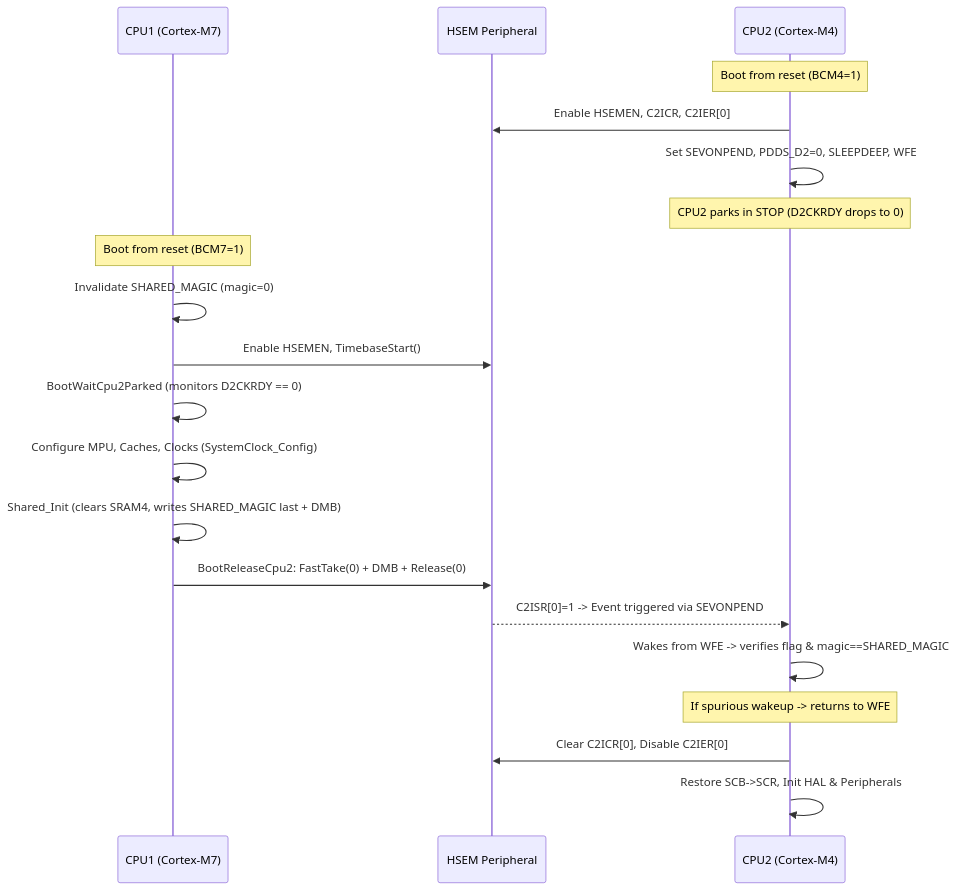
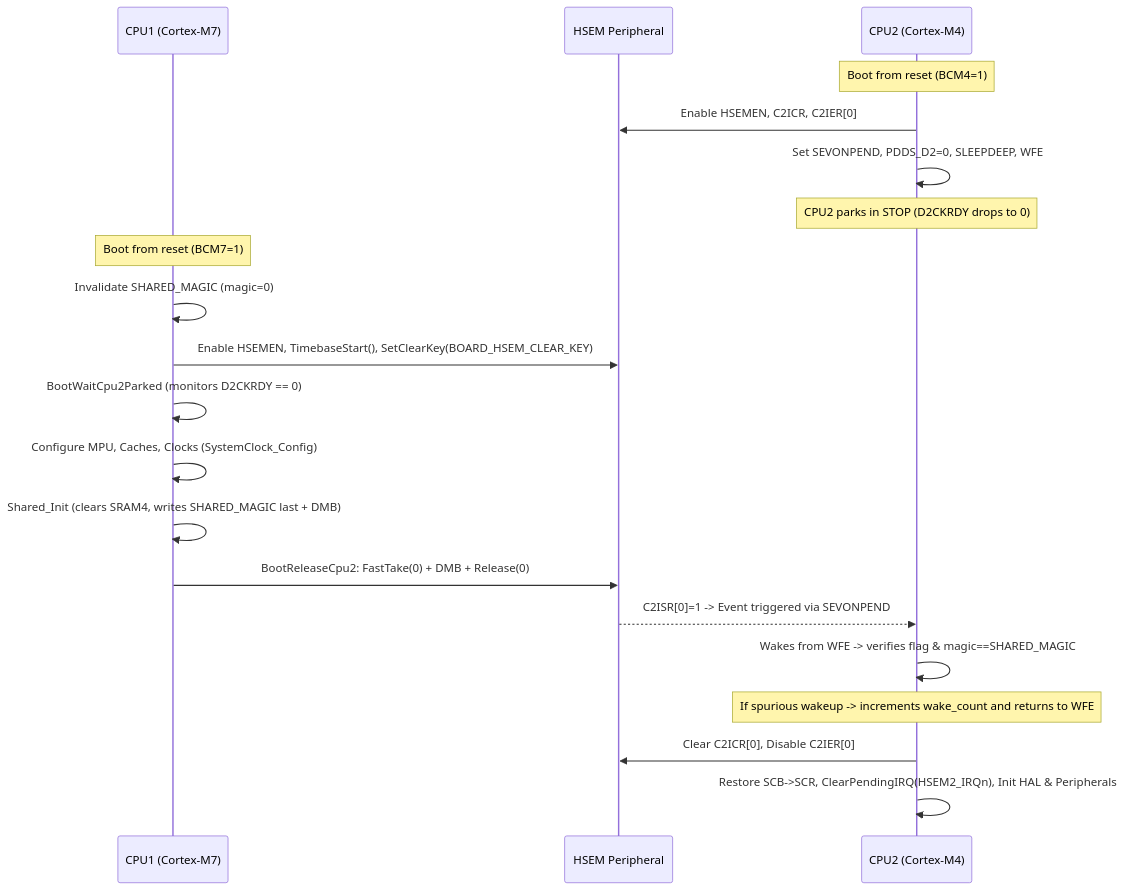
The diagram in 01_shared_drivers/10_hsem/README.md (hrodriguez06/forcelab-stm32h755-dualcore-workspace), drawn with Mermaid before and after one commit. The commit also changed other lines of this file and 2 other files, not shown here.

Commit message:
docs(hsem): rewrite README to align with actual BM, LL, and HAL API, remove .gitkeep (B5, m8)

````diff
--- a/01_shared_drivers/10_hsem/README.md
+++ b/01_shared_drivers/10_hsem/README.md
@@ -263,25 +272,25 @@
 ```mermaid
 sequenceDiagram
     participant C7 as CPU1 (Cortex-M7)
     participant H as HSEM Peripheral
     participant C4 as CPU2 (Cortex-M4)
 
     Note over C4: Boot from reset (BCM4=1)
     C4->>H: Enable HSEMEN, C2ICR, C2IER[0]
     C4->>C4: Set SEVONPEND, PDDS_D2=0, SLEEPDEEP, WFE
     Note over C4: CPU2 parks in STOP (D2CKRDY drops to 0)
 
     Note over C7: Boot from reset (BCM7=1)
     C7->>C7: Invalidate SHARED_MAGIC (magic=0)
-    C7->>H: Enable HSEMEN, TimebaseStart()
+    C7->>H: Enable HSEMEN, TimebaseStart(), SetClearKey(BOARD_HSEM_CLEAR_KEY)
     C7->>C7: BootWaitCpu2Parked (monitors D2CKRDY == 0)
     C7->>C7: Configure MPU, Caches, Clocks (SystemClock_Config)
     C7->>C7: Shared_Init (clears SRAM4, writes SHARED_MAGIC last + DMB)
     C7->>H: BootReleaseCpu2: FastTake(0) + DMB + Release(0)
     H-->>C4: C2ISR[0]=1 -> Event triggered via SEVONPEND
 
     C4->>C4: Wakes from WFE -> verifies flag & magic==SHARED_MAGIC
-    Note over C4: If spurious wakeup -> returns to WFE
+    Note over C4: If spurious wakeup -> increments wake_count and returns to WFE
     C4->>H: Clear C2ICR[0], Disable C2IER[0]
-    C4->>C4: Restore SCB->SCR, Init HAL & Peripherals
+    C4->>C4: Restore SCB->SCR, ClearPendingIRQ(HSEM2_IRQn), Init HAL & Peripherals
 ```
````
